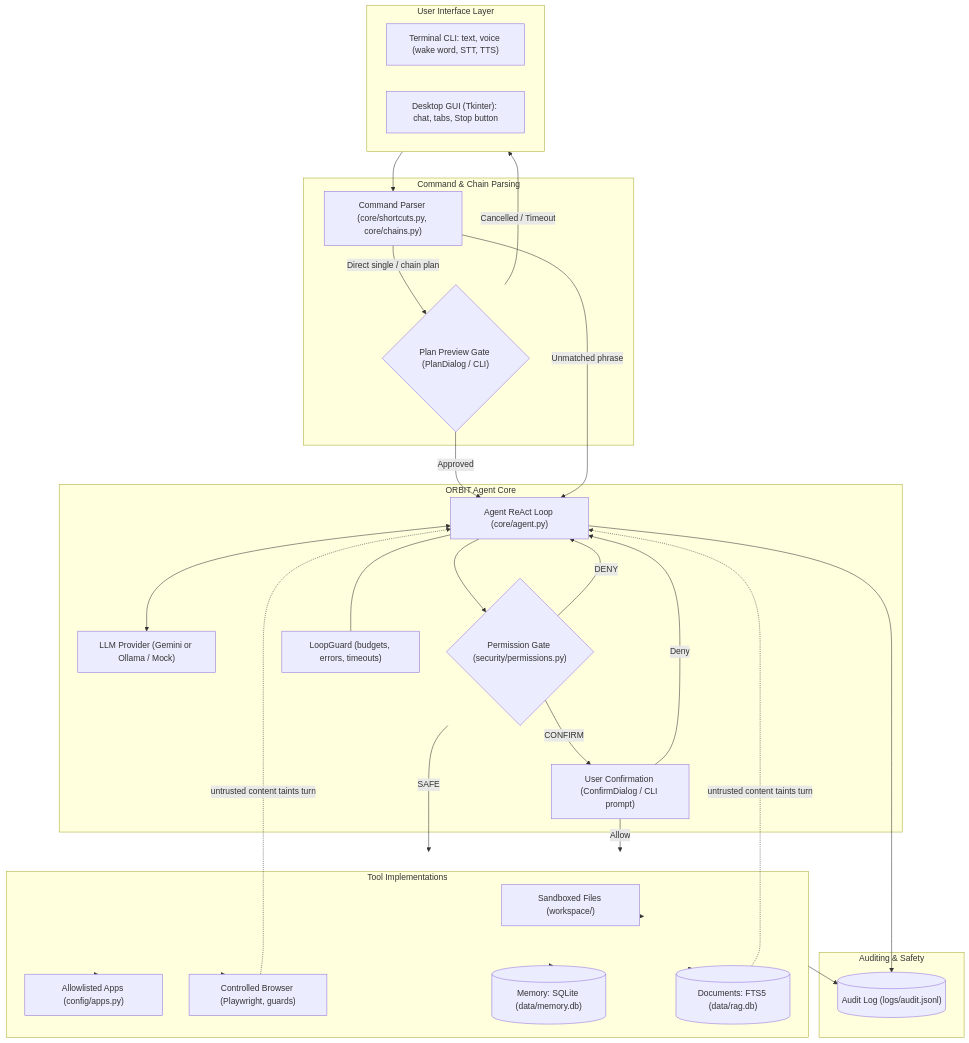
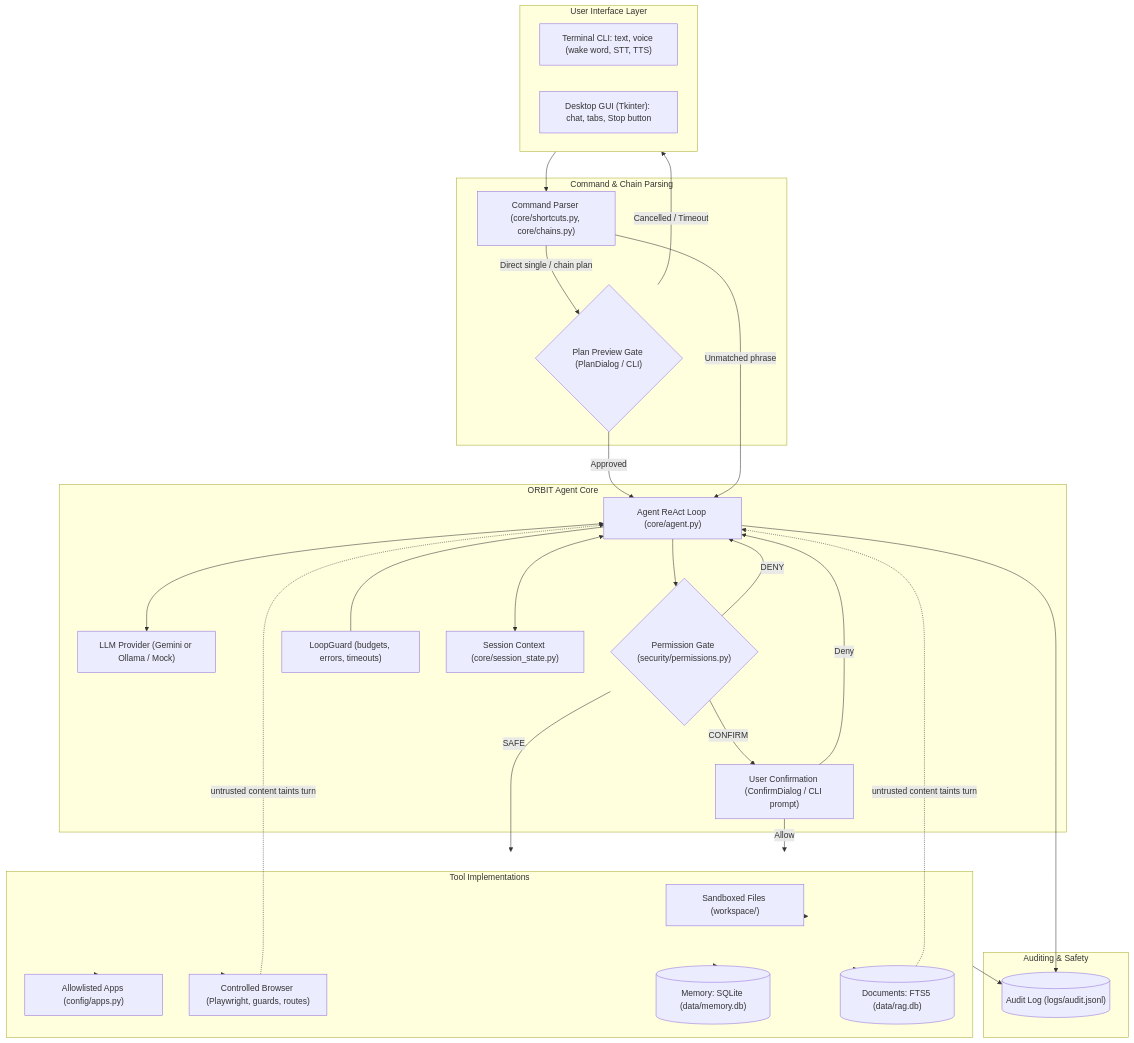
One commit to karthik1234456/orbit changed the diagram in README.md. Above: the diagram before and after it, drawn with Mermaid. The commit also changed other lines of this file and 44 other files, not shown here.

````diff
--- a/README.md
+++ b/README.md
@@ -117,58 +123,60 @@
 ```mermaid
 flowchart TB
   subgraph Inputs ["User Interface Layer"]
     CLI["Terminal CLI: text, voice (wake word, STT, TTS)"]
     GUI["Desktop GUI (Tkinter): chat, tabs, Stop button"]
   end
 
   subgraph Parsing ["Command & Chain Parsing"]
     CP["Command Parser (core/shortcuts.py, core/chains.py)"]
     PP{"Plan Preview Gate (PlanDialog / CLI)"}
   end
 
   subgraph Engine ["ORBIT Agent Core"]
     AL["Agent ReAct Loop (core/agent.py)"]
     LLM["LLM Provider (Gemini or Ollama / Mock)"]
     PG{"Permission Gate (security/permissions.py)"}
     CD["User Confirmation (ConfirmDialog / CLI prompt)"]
     LG["LoopGuard (budgets, errors, timeouts)"]
+    SC["Session Context (core/session_state.py)"]
     AL <--> LLM
     AL --- LG
+    AL <--> SC
   end
 
   subgraph ToolsSub ["Tool Implementations"]
     TF["Sandboxed Files (workspace/)"]
     TA["Allowlisted Apps (config/apps.py)"]
-    TB["Controlled Browser (Playwright, guards)"]
+    TB["Controlled Browser (Playwright, guards, routes)"]
     TM[("Memory: SQLite (data/memory.db)")]
     TR[("Documents: FTS5 (data/rag.db)")]
   end
 
   subgraph AuditSub ["Auditing & Safety"]
     AU[("Audit Log (logs/audit.jsonl)")]
   end
 
   Inputs --> CP
   CP -->|"Direct single / chain plan"| PP
   PP -->|"Approved"| AL
   PP -->|"Cancelled / Timeout"| Inputs
   CP -->|"Unmatched phrase"| AL
 
   AL --> PG
   PG -->|"SAFE"| ToolsSub
   PG -->|"CONFIRM"| CD
   CD -->|"Allow"| ToolsSub
   CD -->|"Deny"| AL
   PG -->|"DENY"| AL
 
   ToolsSub --> TF
   ToolsSub --> TA
   ToolsSub --> TB
   ToolsSub --> TM
   ToolsSub --> TR
 
   TR -. "untrusted content taints turn" .-> AL
   TB -. "untrusted content taints turn" .-> AL
   AL --> AU
   ToolsSub --> AU
 ```
````
